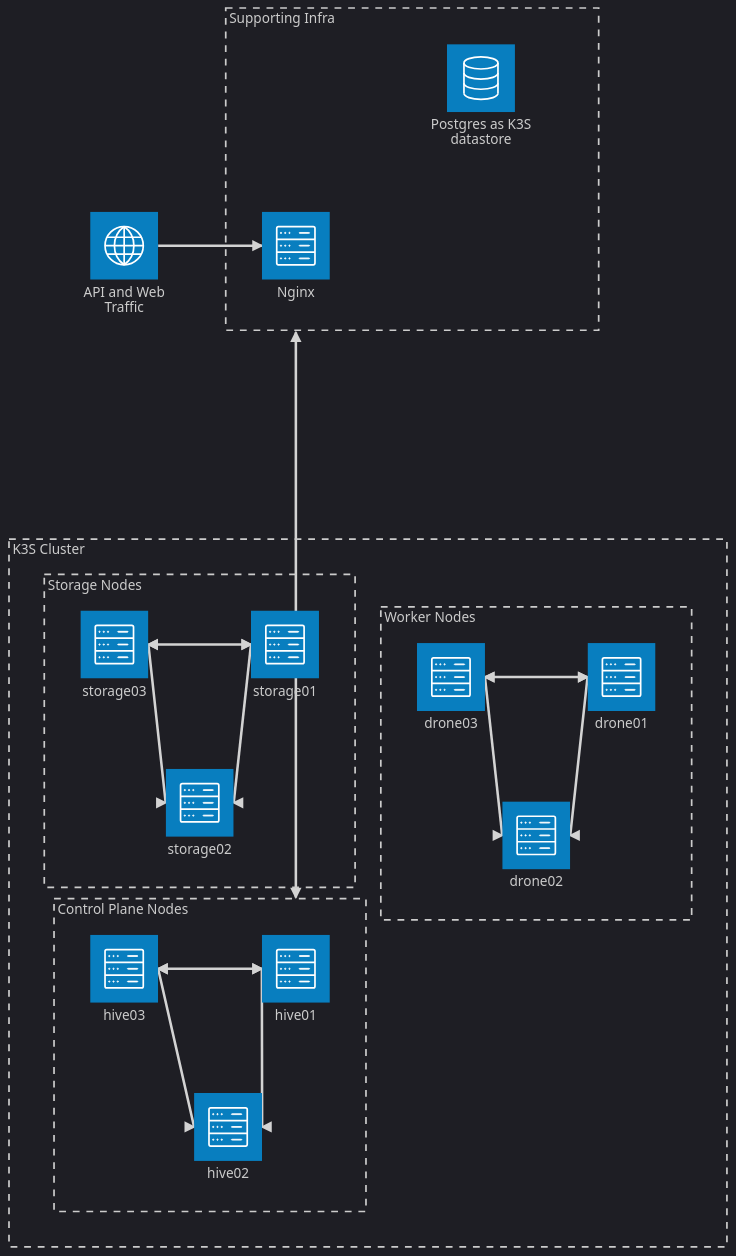
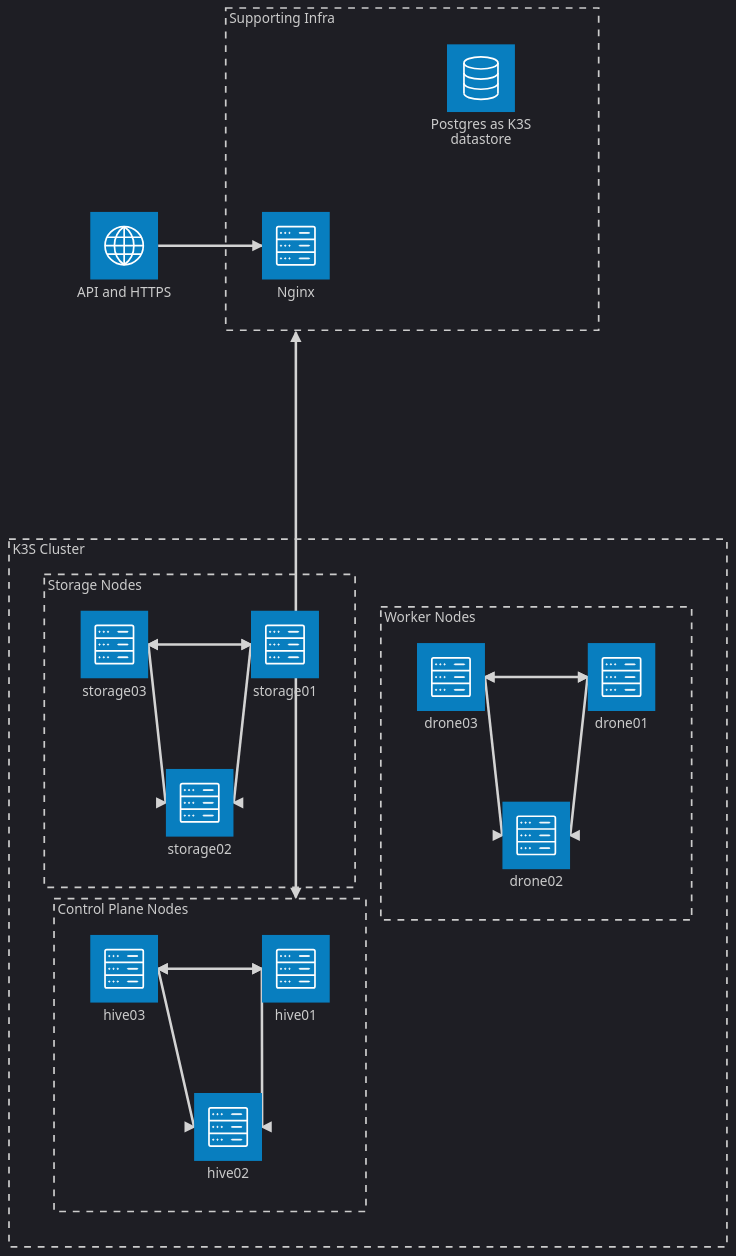
Before and after one commit to port-43/k3s-proxmox-automation: the diagram in README.md, drawn with Mermaid. The commit also changed other lines of this file, not shown here.

````diff
--- a/README.md
+++ b/README.md
@@ -6,50 +6,50 @@
 ```mermaid
 %%{
   init: {
     'theme': 'dark',
     'themeVariables': {
       'primaryColor': '#BB2528'
     }
   }
 }%%
 
 architecture-beta
-    service internet(internet)[API and Web Traffic]
+    service internet(internet)[API and HTTPS]
 
     group k3s_cluster[K3S Cluster]
 
     group supporting_infra[Supporting Infra]
     service nginx(server)[Nginx] in supporting_infra
     service postgres(database)[Postgres as K3S datastore] in supporting_infra
 
     group control_plan_nodes[Control Plane Nodes] in k3s_cluster
     service hive01(server)[hive01] in control_plan_nodes
     service hive02(server)[hive02] in control_plan_nodes
     service hive03(server)[hive03] in control_plan_nodes
 
     group worker_nodes[Worker Nodes] in k3s_cluster
     service drone01(server)[drone01] in worker_nodes
     service drone02(server)[drone02] in worker_nodes
     service drone03(server)[drone03] in worker_nodes
 
     group storage_nodes[Storage Nodes] in k3s_cluster
     service storage01(server)[storage01] in storage_nodes
     service storage02(server)[storage02] in storage_nodes
     service storage03(server)[storage03] in storage_nodes
 
     nginx{group}:B <--> T:hive01{group}
 
     storage01:L <--> R:storage02
     storage02:L <--> R:storage03
     storage01:L <--> R:storage03
 
     drone01:L <--> R:drone02
     drone02:L <--> R:drone03
     drone01:L <--> R:drone03
 
     hive02:L <--> R:hive03
     hive01:L <--> R:hive02
     hive01:L <--> R:hive03
 
     internet:R --> L:nginx
 ```
````
